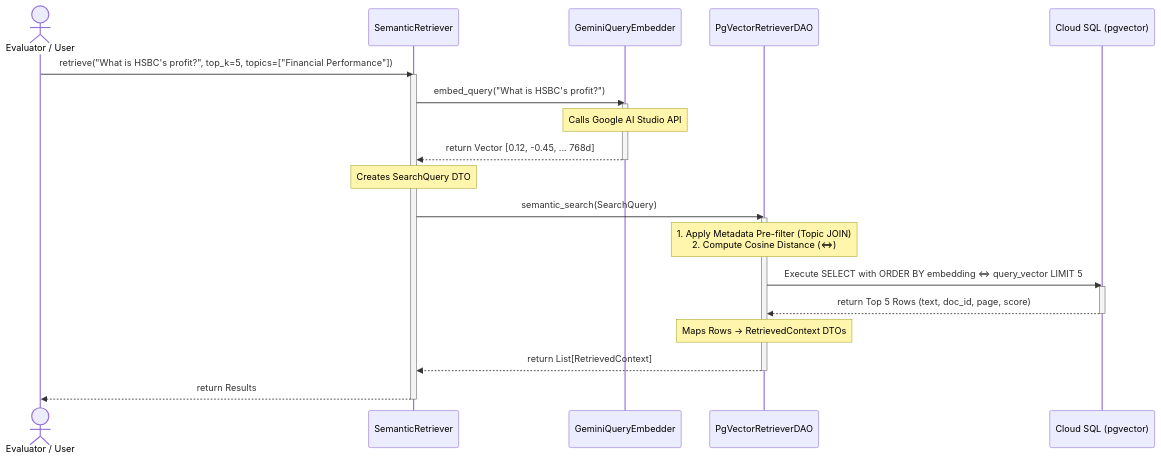
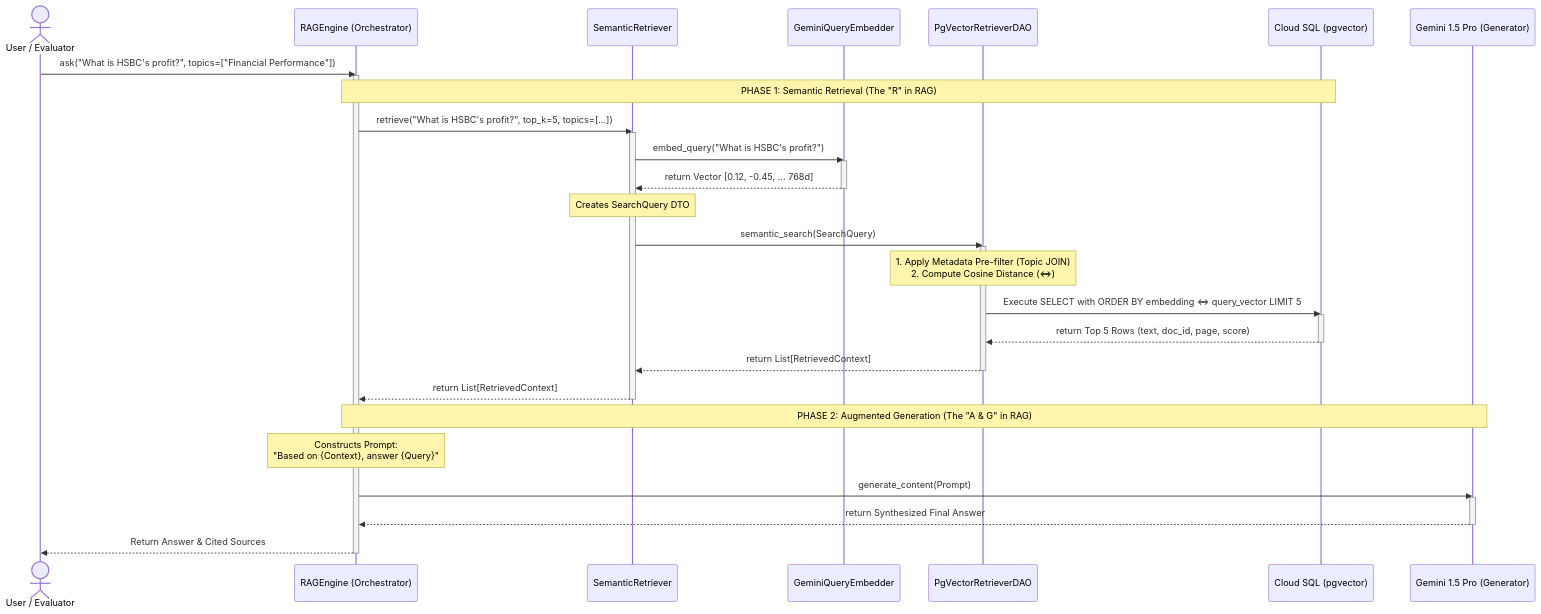
The second of 2 diagrams in docs/phase2_retriever_architecture.md (nvd11/automated-rag-evaluator), drawn with Mermaid before and after one commit. The commit also changed other lines of this file, not shown here.

Commit message:
docs(architecture): consolidate sequence diagrams into a single end-to-end RAG logic flow

````diff
--- a/docs/phase2_retriever_architecture.md
+++ b/docs/phase2_retriever_architecture.md
@@ -81,39 +82,51 @@
 ```mermaid
 sequenceDiagram
-    actor Client as Evaluator / User
-    participant Orchestrator as SemanticRetriever
+    actor Client as User / Evaluator
+    participant RAG as RAGEngine (Orchestrator)
+    participant Retriever as SemanticRetriever
     participant Embedder as GeminiQueryEmbedder
     participant DAO as PgVectorRetrieverDAO
     participant DB as Cloud SQL (pgvector)
+    participant LLM as Gemini 1.5 Pro (Generator)
 
-    Client->>Orchestrator: retrieve("What is HSBC's profit?", top_k=5, topics=["Financial Performance"])
+    Client->>RAG: ask("What is HSBC's profit?", topics=["Financial Performance"])
+    activate RAG
+
+    %% PHASE 1: Retrieval
+    Note over RAG, DB: PHASE 1: Semantic Retrieval (The "R" in RAG)
+    RAG->>Retriever: retrieve("What is HSBC's profit?", top_k=5, topics=[...])
+    activate Retriever
     
-    activate Orchestrator
-    
-    %% Step 1: Embedding
-    Orchestrator->>Embedder: embed_query("What is HSBC's profit?")
+    Retriever->>Embedder: embed_query("What is HSBC's profit?")
     activate Embedder
-    Note over Embedder: Calls Google AI Studio API
-    Embedder-->>Orchestrator: return Vector [0.12, -0.45, ... 768d]
+    Embedder-->>Retriever: return Vector [0.12, -0.45, ... 768d]
     deactivate Embedder
     
-    %% Step 2: DTO Creation
-    Note over Orchestrator: Creates SearchQuery DTO
-    
-    %% Step 3: Database Search
-    Orchestrator->>DAO: semantic_search(SearchQuery)
+    Note over Retriever: Creates SearchQuery DTO
+    Retriever->>DAO: semantic_search(SearchQuery)
     activate DAO
     
     Note over DAO: 1. Apply Metadata Pre-filter (Topic JOIN)<br/>2. Compute Cosine Distance (<=>)
     DAO->>DB: Execute SELECT with ORDER BY embedding <=> query_vector LIMIT 5
     activate DB
     DB-->>DAO: return Top 5 Rows (text, doc_id, page, score)
     deactivate DB
     
-    Note over DAO: Maps Rows -> RetrievedContext DTOs
-    DAO-->>Orchestrator: return List[RetrievedContext]
+    DAO-->>Retriever: return List[RetrievedContext]
     deactivate DAO
     
-    Orchestrator-->>Client: return Results
-    deactivate Orchestrator
+    Retriever-->>RAG: return List[RetrievedContext]
+    deactivate Retriever
+
+    %% PHASE 2: Generation
+    Note over RAG, LLM: PHASE 2: Augmented Generation (The "A & G" in RAG)
+    Note over RAG: Constructs Prompt:<br/>"Based on {Context}, answer {Query}"
+    
+    RAG->>LLM: generate_content(Prompt)
+    activate LLM
+    LLM-->>RAG: return Synthesized Final Answer
+    deactivate LLM
+    
+    RAG-->>Client: Return Answer & Cited Sources
+    deactivate RAG
 ```
````
